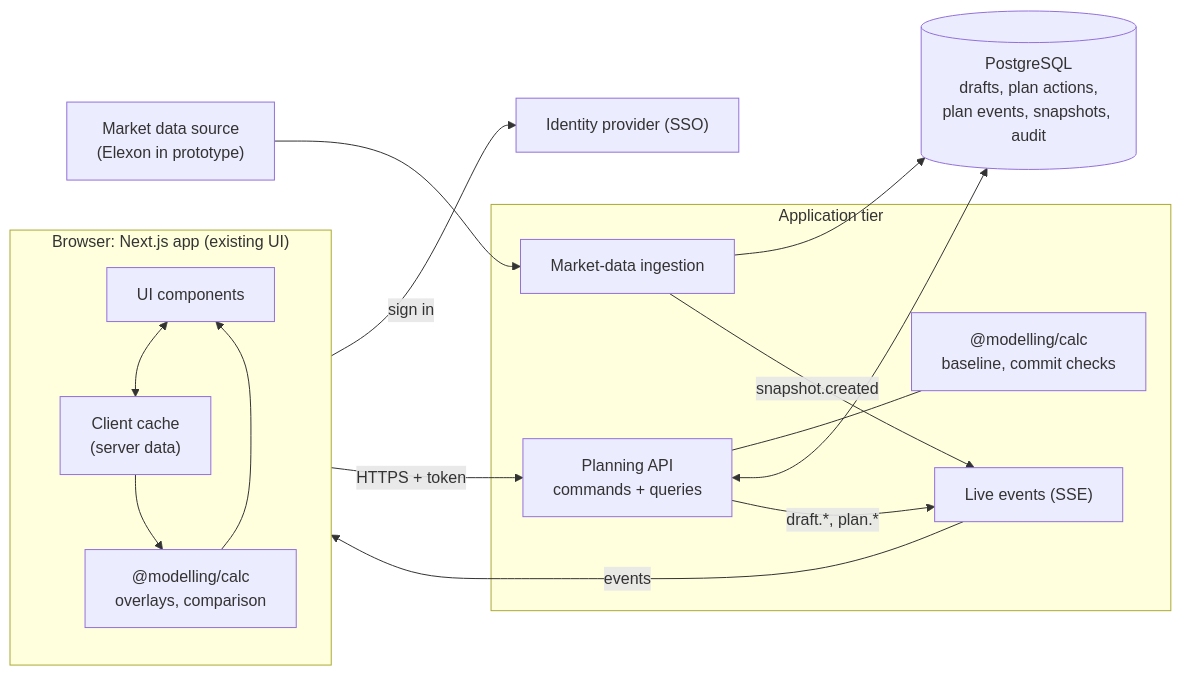
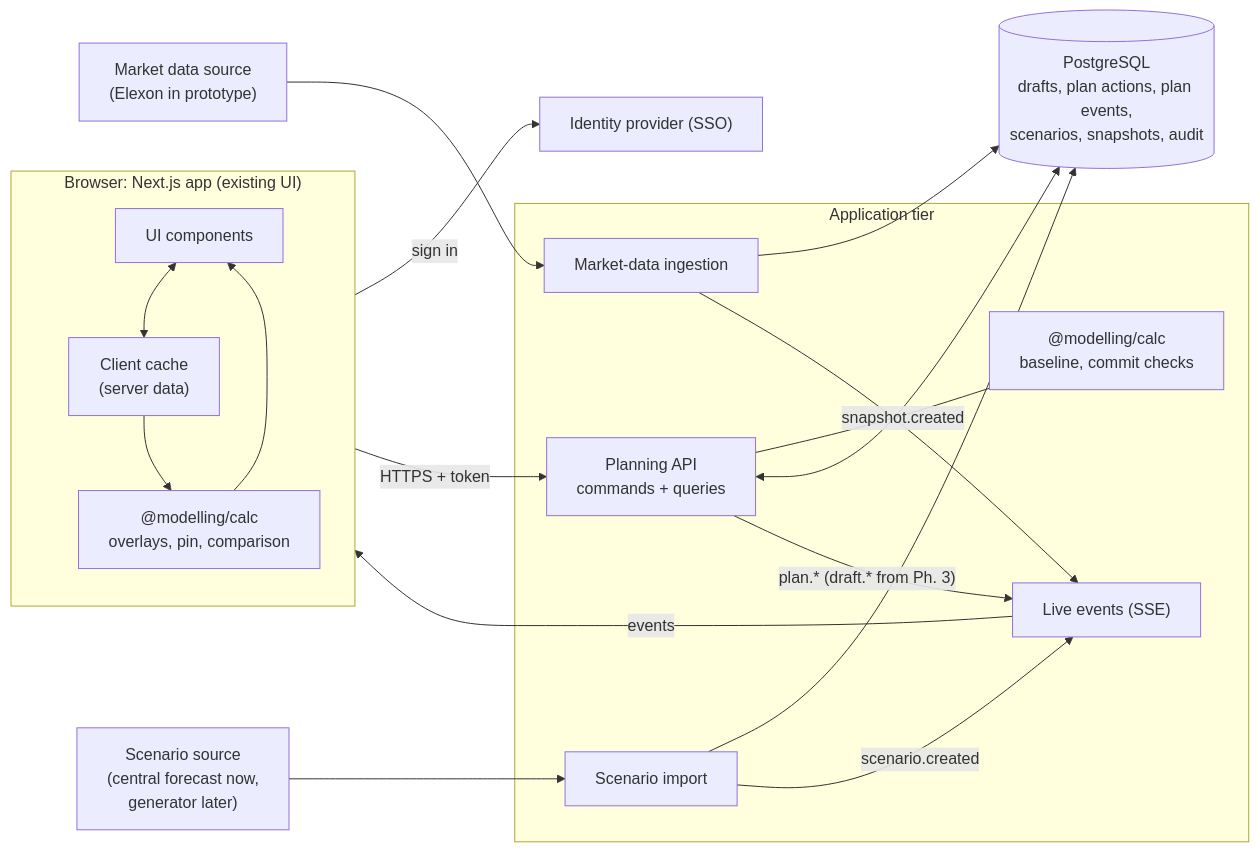
Before and after one commit to WeirdSailor/modeling-framework: the third of 5 diagrams in Docs/drafts-architecture.md, drawn with Mermaid. The commit also changed other lines of this file and 1 other file, not shown here.

First line of the commit message:
docs: apply sandbox and scenarios briefs to drafts architecture

````diff
--- a/Docs/drafts-architecture.md
+++ b/Docs/drafts-architecture.md
@@ -691,27 +874,32 @@
 ```mermaid
 flowchart LR
   subgraph Client["Browser: Next.js app (existing UI)"]
     UI["UI components"]
     Cache["Client cache<br/>(server data)"]
-    Calc1["@modelling/calc<br/>overlays, comparison"]
+    Calc1["@modelling/calc<br/>overlays, pin, comparison"]
     UI <--> Cache --> Calc1 --> UI
   end
   IdP["Identity provider (SSO)"]
   subgraph Server["Application tier"]
     API["Planning API<br/>commands + queries"]
     RT["Live events (SSE)"]
     Calc2["@modelling/calc<br/>baseline, commit checks"]
     Ingest["Market-data ingestion"]
+    ScIn["Scenario import"]
     API --- Calc2
   end
-  DB[("PostgreSQL<br/>drafts, plan actions,<br/>plan events, snapshots, audit")]
+  DB[("PostgreSQL<br/>drafts, plan actions, plan events,<br/>scenarios, snapshots, audit")]
   Feed["Market data source<br/>(Elexon in prototype)"]
+  Gen["Scenario source<br/>(central forecast now,<br/>generator later)"]
   Client -- "sign in" --> IdP
   Client -- "HTTPS + token" --> API
   RT -- "events" --> Client
   API <--> DB
   Ingest --> DB
+  ScIn --> DB
   Ingest -- "snapshot.created" --> RT
-  API -- "draft.*, plan.*" --> RT
+  ScIn -- "scenario.created" --> RT
+  API -- "plan.* (draft.* from Ph. 3)" --> RT
   Feed --> Ingest
+  Gen --> ScIn
 ```
````
